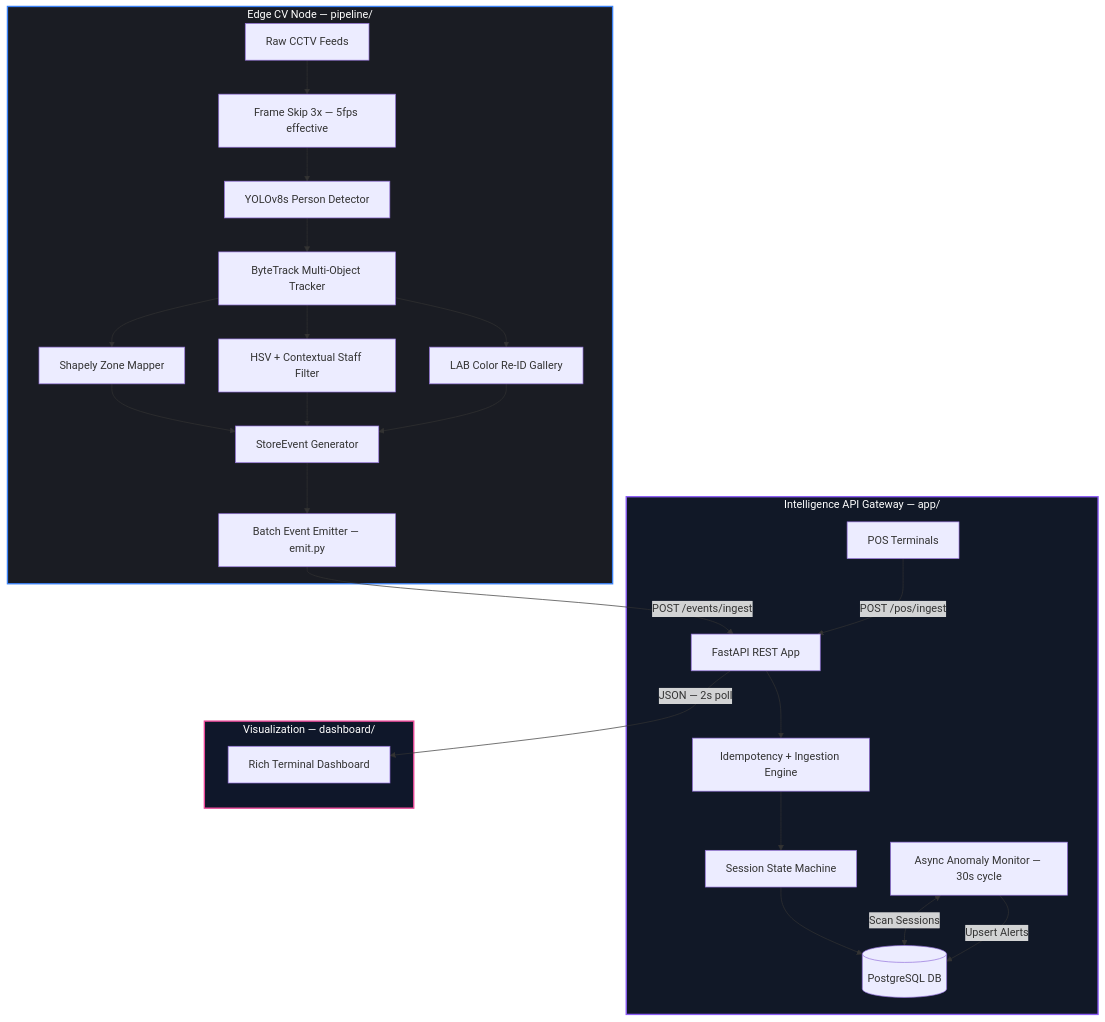
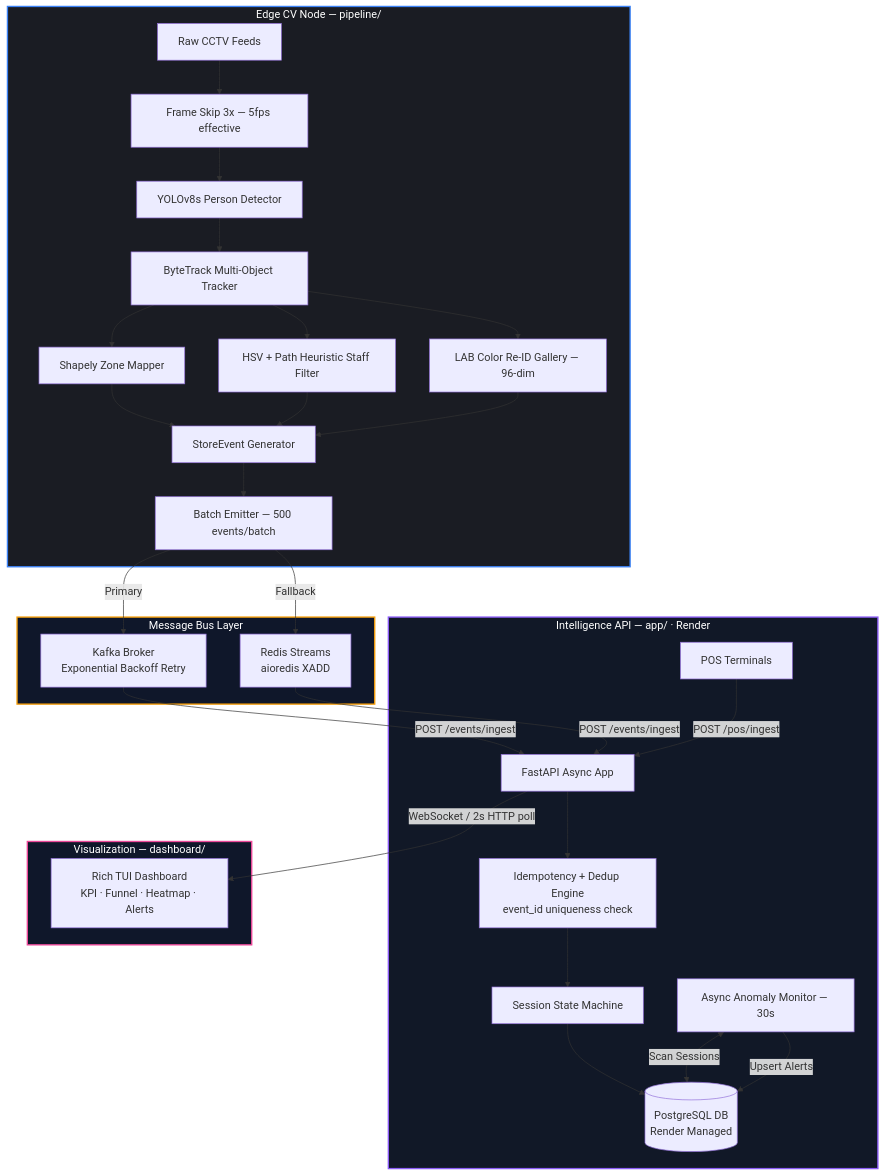
One commit to riddhisharma-sudo/purplle-Store-intelligence changed the first of 5 diagrams in README.md. Above: the diagram before and after it, drawn with Mermaid. The commit also changed other lines of this file, not shown here.

````diff
--- a/README.md
+++ b/README.md
@@ -122,34 +134,40 @@
 ```mermaid
 flowchart TB
     subgraph Edge_Node ["Edge CV Node — pipeline/"]
         Video["Raw CCTV Feeds"] --> FrameSkip["Frame Skip 3x — 5fps effective"]
         FrameSkip --> YOLOv8["YOLOv8s Person Detector"]
         YOLOv8 --> ByteTrack["ByteTrack Multi-Object Tracker"]
         ByteTrack --> ZoneMap["Shapely Zone Mapper"]
-        ByteTrack --> StaffFilt["HSV + Contextual Staff Filter"]
-        ByteTrack --> LABReID["LAB Color Re-ID Gallery"]
+        ByteTrack --> StaffFilt["HSV + Path Heuristic Staff Filter"]
+        ByteTrack --> LABReID["LAB Color Re-ID Gallery — 96-dim"]
 
         ZoneMap & StaffFilt & LABReID --> EventGen["StoreEvent Generator"]
-        EventGen --> BatchEmitter["Batch Event Emitter — emit.py"]
+        EventGen --> BatchEmitter["Batch Emitter — 500 events/batch"]
     end
 
-    subgraph API_Gateway ["Intelligence API Gateway — app/"]
-        BatchEmitter -->|"POST /events/ingest"| FastAPI["FastAPI REST App"]
+    subgraph MessageBus ["Message Bus Layer"]
+        BatchEmitter -->|"Primary"| Kafka["Kafka Broker\nExponential Backoff Retry"]
+        BatchEmitter -->|"Fallback"| Redis["Redis Streams\naioredis XADD"]
+    end
+
+    subgraph API_Gateway ["Intelligence API — app/ · Render"]
+        Kafka & Redis -->|"POST /events/ingest"| FastAPI["FastAPI Async App"]
         POS["POS Terminals"] -->|"POST /pos/ingest"| FastAPI
 
-        FastAPI --> IngestEngine["Idempotency + Ingestion Engine"]
+        FastAPI --> IngestEngine["Idempotency + Dedup Engine\nevent_id uniqueness check"]
         IngestEngine --> StateMachine["Session State Machine"]
-        StateMachine --> db[("PostgreSQL DB")]
+        StateMachine --> db[("PostgreSQL DB\nRender Managed")]
 
-        AnomalyLoop["Async Anomaly Monitor — 30s cycle"] <-->|"Scan Sessions"| db
+        AnomalyLoop["Async Anomaly Monitor — 30s"] <-->|"Scan Sessions"| db
         AnomalyLoop -->|"Upsert Alerts"| db
     end
 
     subgraph Clients ["Visualization — dashboard/"]
-        FastAPI -->|"JSON — 2s poll"| TUI["Rich Terminal Dashboard"]
+        FastAPI -->|"WebSocket / 2s HTTP poll"| TUI["Rich TUI Dashboard\nKPI · Funnel · Heatmap · Alerts"]
     end
 
     style Edge_Node fill:#1a1c23,stroke:#3b82f6,stroke-width:2px,color:#fff
+    style MessageBus fill:#0f172a,stroke:#f59e0b,stroke-width:2px,color:#fff
     style API_Gateway fill:#111827,stroke:#8b5cf6,stroke-width:2px,color:#fff
     style Clients fill:#0f172a,stroke:#ec4899,stroke-width:2px,color:#fff
 ```
````
